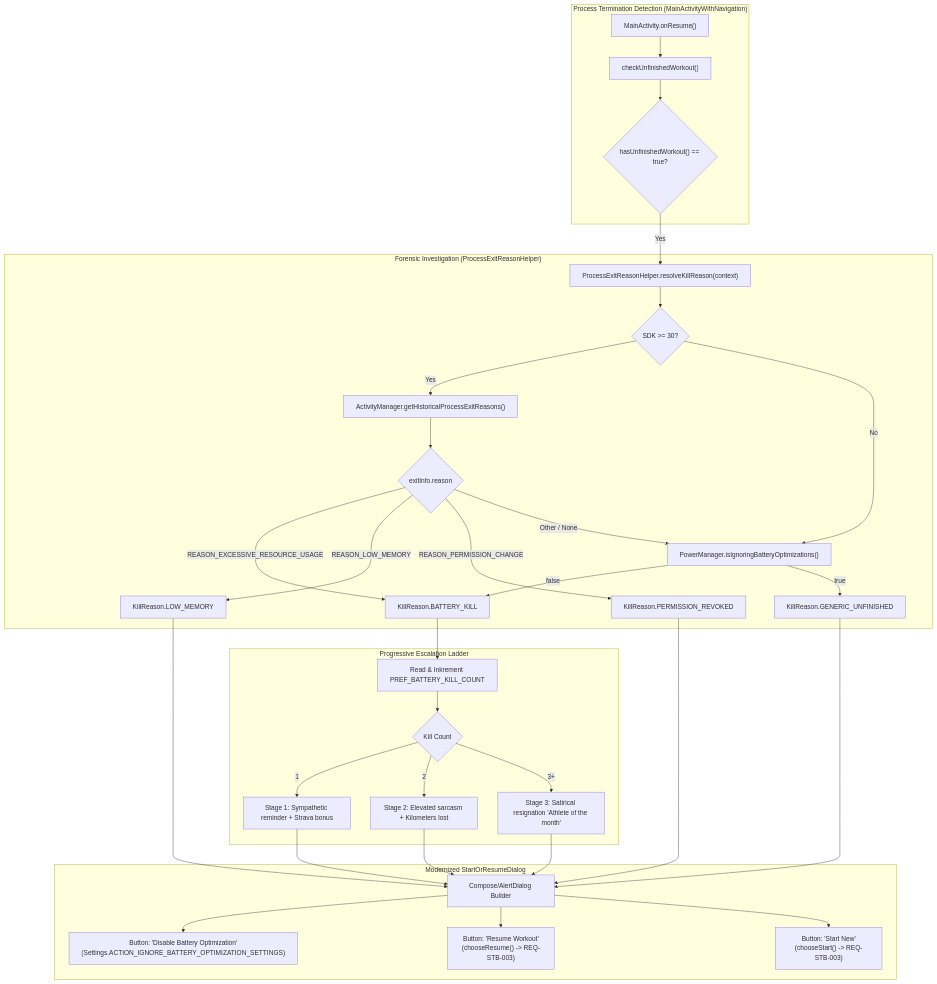
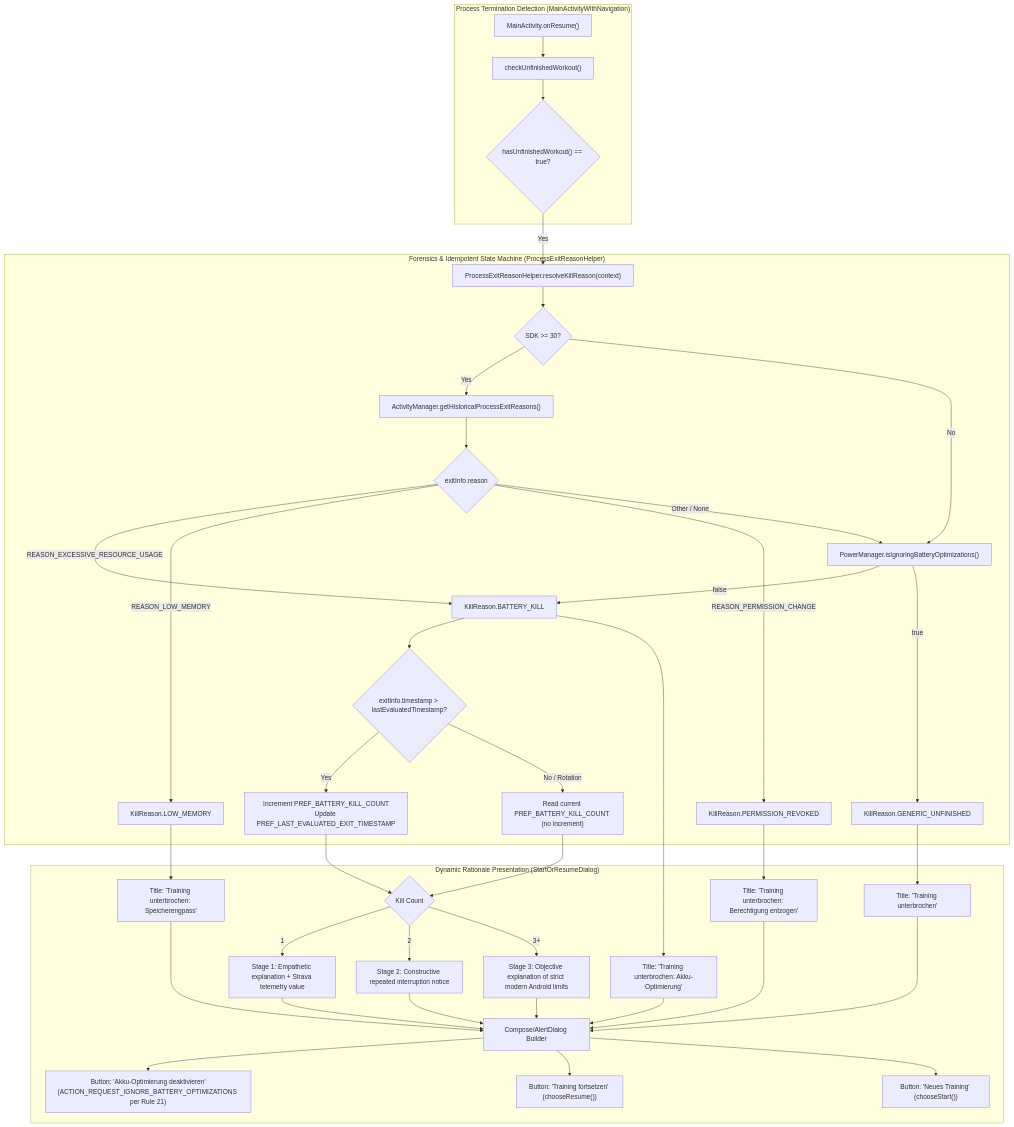
The diagram in docs/engineering/plans/ATT-2079_plan.md (rainerblind/aTrainingTracker), drawn with Mermaid before and after one commit. The commit also changed other lines of this file, not shown here.

Commit message:
docs(ATT-2079): Stage 3 implementation plan for rework cycle 2

````diff
--- a/docs/engineering/plans/ATT-2079_plan.md
+++ b/docs/engineering/plans/ATT-2079_plan.md
@@ -18,48 +18,56 @@
 ```mermaid
 flowchart TD
     subgraph Detection["Process Termination Detection (MainActivityWithNavigation)"]
         OnResume["MainActivity.onResume()"]
         CheckUnfinished["checkUnfinishedWorkout()"]
         HasUnfinished{"hasUnfinishedWorkout() == true?"}
         
         OnResume --> CheckUnfinished --> HasUnfinished
     end
 
-    subgraph Forensics["Forensic Investigation (ProcessExitReasonHelper)"]
+    subgraph Forensics["Forensics & Idempotent State Machine (ProcessExitReasonHelper)"]
         HasUnfinished -->|Yes| Resolve["ProcessExitReasonHelper.resolveKillReason(context)"]
         Resolve --> ApiCheck{"SDK >= 30?"}
         
         ApiCheck -->|Yes| QueryAM["ActivityManager.getHistoricalProcessExitReasons()"]
         ApiCheck -->|No| CheckPM["PowerManager.isIgnoringBatteryOptimizations()"]
         
         QueryAM --> ExitReason{"exitInfo.reason"}
         ExitReason -->|REASON_EXCESSIVE_RESOURCE_USAGE| BatteryKill["KillReason.BATTERY_KILL"]
         ExitReason -->|REASON_LOW_MEMORY| LowMem["KillReason.LOW_MEMORY"]
         ExitReason -->|REASON_PERMISSION_CHANGE| PermRev["KillReason.PERMISSION_REVOKED"]
         ExitReason -->|Other / None| CheckPM
         
         CheckPM -->|false| BatteryKill
         CheckPM -->|true| Generic["KillReason.GENERIC_UNFINISHED"]
+        
+        BatteryKill --> IdempotentCheck{"exitInfo.timestamp > lastEvaluatedTimestamp?"}
+        IdempotentCheck -->|Yes| IncCounter["Increment PREF_BATTERY_KILL_COUNT\nUpdate PREF_LAST_EVALUATED_EXIT_TIMESTAMP"]
+        IdempotentCheck -->|No / Rotation| ReadCounter["Read current PREF_BATTERY_KILL_COUNT (no increment)"]
     end
 
-    subgraph Escalation["Progressive Escalation Ladder"]
-        BatteryKill --> ReadCounter["Read & Inkrement PREF_BATTERY_KILL_COUNT"]
-        ReadCounter --> LevelCheck{"Kill Count"}
-        LevelCheck -->|1| Stage1["Stage 1: Sympathetic reminder + Strava bonus"]
-        LevelCheck -->|2| Stage2["Stage 2: Elevated sarcasm + Kilometers lost"]
-        LevelCheck -->|3+| Stage3["Stage 3: Satirical resignation 'Athlete of the month'"]
-    end
-
-    subgraph Presentation["Modernized StartOrResumeDialog"]
-        Stage1 --> BuildDialog["Compose/AlertDialog Builder"]
+    subgraph Presentation["Dynamic Rationale Presentation (StartOrResumeDialog)"]
+        BatteryKill --> TitleBattery["Title: 'Training unterbrochen: Akku-Optimierung'"]
+        LowMem --> TitleMemory["Title: 'Training unterbrochen: Speicherengpass'"]
+        PermRev --> TitlePerm["Title: 'Training unterbrochen: Berechtigung entzogen'"]
+        Generic --> TitleGeneric["Title: 'Training unterbrochen'"]
+        
+        ReadCounter --> StageCheck{"Kill Count"}
+        IncCounter --> StageCheck
+        StageCheck -->|1| Stage1["Stage 1: Empathetic explanation + Strava telemetry value"]
+        StageCheck -->|2| Stage2["Stage 2: Constructive repeated interruption notice"]
+        StageCheck -->|3+| Stage3["Stage 3: Objective explanation of strict modern Android limits"]
+        
+        TitleBattery --> BuildDialog["Compose/AlertDialog Builder"]
+        TitleMemory --> BuildDialog
+        TitlePerm --> BuildDialog
+        TitleGeneric --> BuildDialog
+        Stage1 --> BuildDialog
         Stage2 --> BuildDialog
         Stage3 --> BuildDialog
-        LowMem --> BuildDialog
-        PermRev --> BuildDialog
-        Generic --> BuildDialog
         
-        BuildDialog --> ActionSettings["Button: 'Disable Battery Optimization'\n(Settings.ACTION_IGNORE_BATTERY_OPTIMIZATION_SETTINGS)"]
-        BuildDialog --> ActionResume["Button: 'Resume Workout'\n(chooseResume() -> REQ-STB-003)"]
-        BuildDialog --> ActionStart["Button: 'Start New'\n(chooseStart() -> REQ-STB-003)"]
+        BuildDialog --> ActionSettings["Button: 'Akku-Optimierung deaktivieren'\n(ACTION_REQUEST_IGNORE_BATTERY_OPTIMIZATIONS per Rule 21)"]
+        BuildDialog --> ActionResume["Button: 'Training fortsetzen' (chooseResume())"]
+        BuildDialog --> ActionStart["Button: 'Neues Training' (chooseStart())"]
     end
 ```
````
